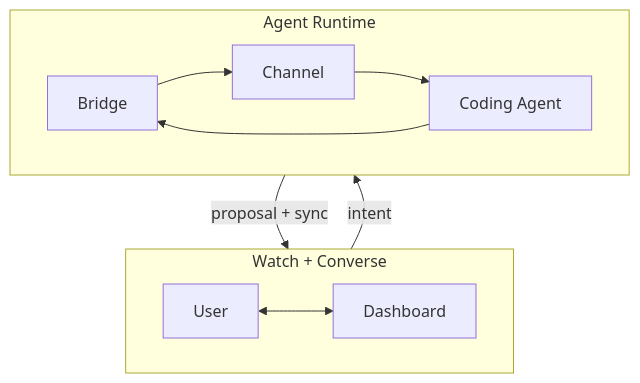
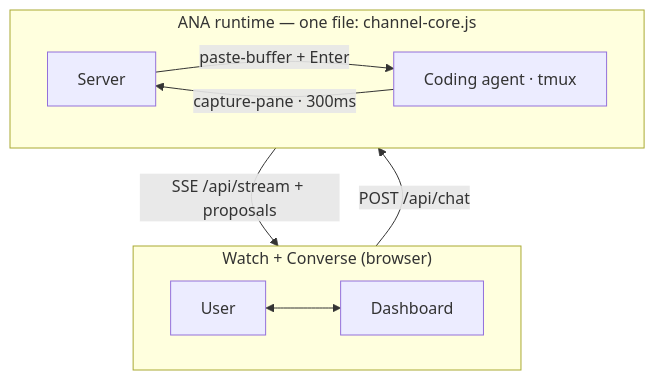
Before and after one commit to tykimos/agent-native-agent: the diagram in README.md, drawn with Mermaid. The commit also changed other lines of this file and 9 other files, not shown here.

First line of the commit message:
Refresh docs to the current tmux architecture; drop stale assets

````diff
--- a/README.md
+++ b/README.md
@@ -62,17 +62,16 @@
 ```mermaid
 flowchart TB
-  subgraph UX["Watch + Converse"]
+  subgraph UX["Watch + Converse (browser)"]
     direction LR
     U["User"] <--> D["Dashboard"]
   end
 
-  subgraph RT["Agent Runtime"]
+  subgraph RT["ANA runtime — one file: channel-core.js"]
     direction LR
-    B["Bridge"] --> C["Channel"]
-    C --> A["Coding Agent"]
-    A --> B
+    S["Server"] -->|"paste-buffer + Enter"| A["Coding agent · tmux"]
+    A -->|"capture-pane · 300ms"| S
   end
 
-  D -->|"intent"| B
-  B -->|"proposal + sync"| D
+  D -->|"POST /api/chat"| S
+  S -->|"SSE /api/stream + proposals"| D
 ```
````
